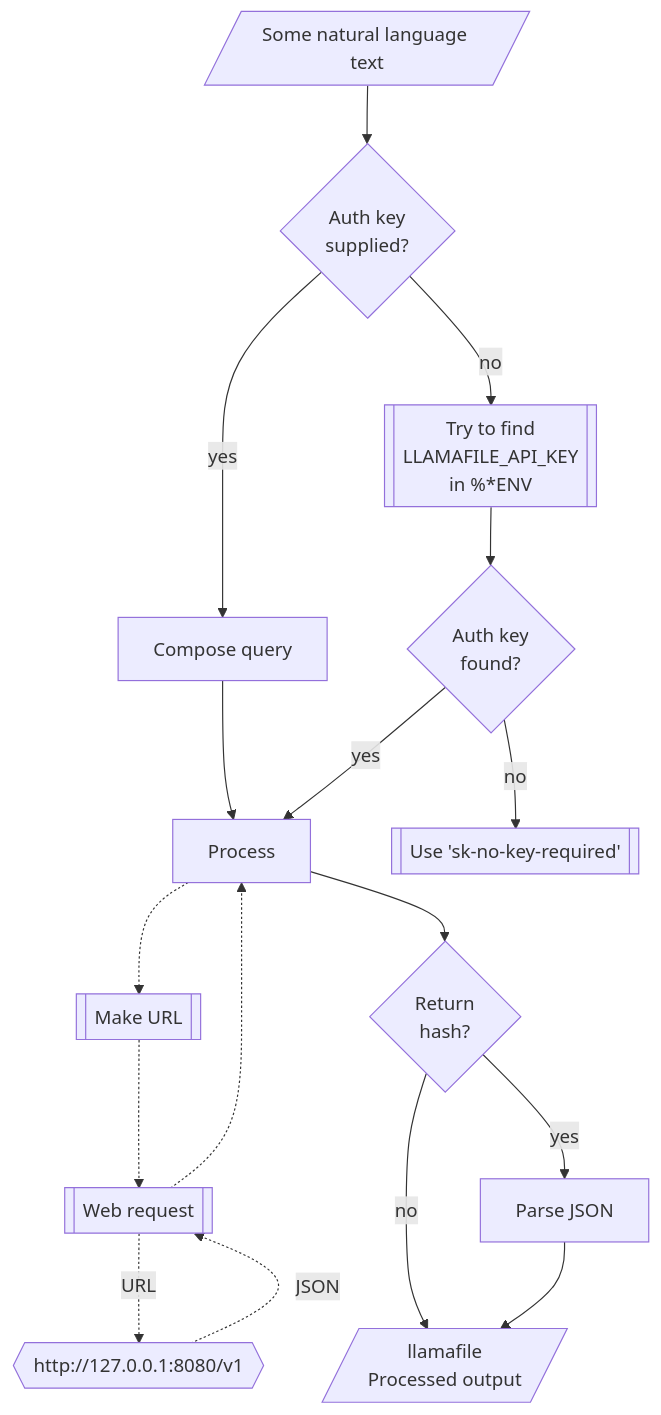
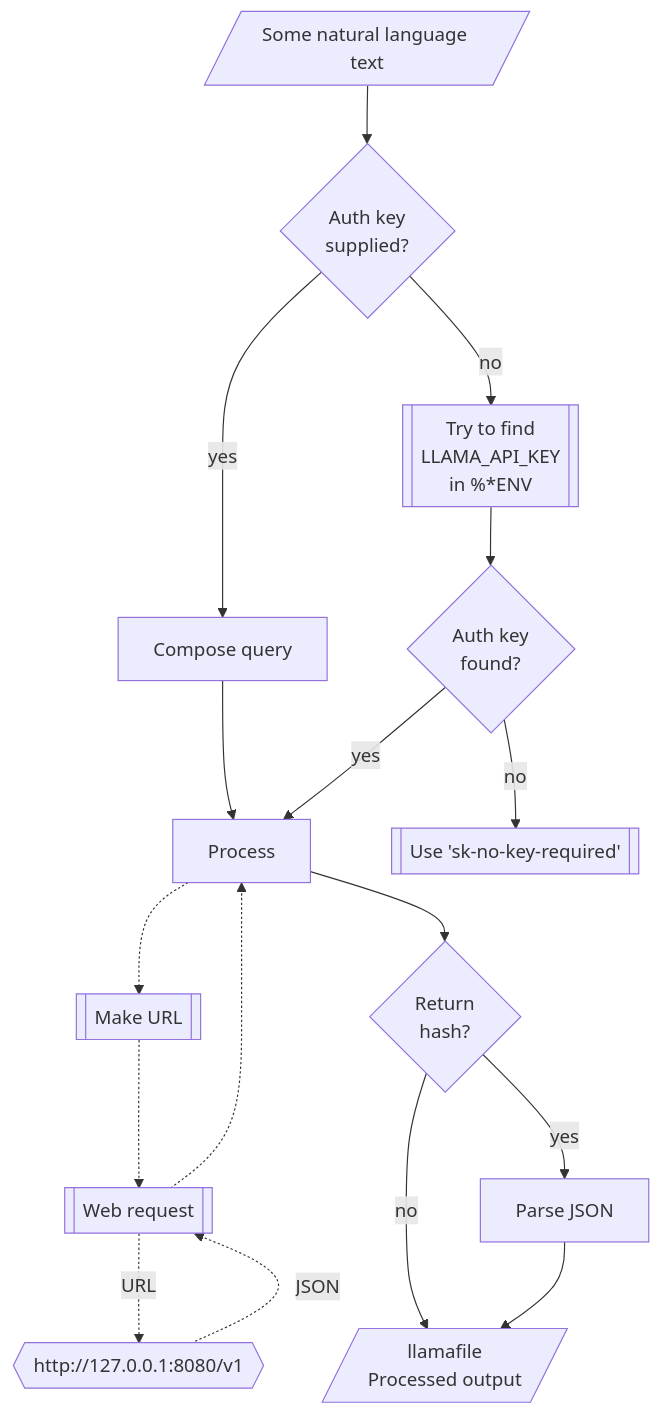
The diagram in README-work.md (antononcube/Raku-WWW-LLaMA), drawn with Mermaid before and after one commit. The commit also changed other lines of this file and 11 other files, not shown here.

````diff
--- a/README-work.md
+++ b/README-work.md
@@ -188,30 +188,30 @@
 ```mermaid
 graph TD
 	UI[/Some natural language text/]
 	TO[/"llamafile<br/>Processed output"/]
 	WR[[Web request]]
 	llamafile{{http://127.0.0.1:8080/v1}}
 	PJ[Parse JSON]
 	Q{Return<br>hash?}
 	MSTC[Compose query]
 	MURL[[Make URL]]
 	TTC[Process]
 	QAK{Auth key<br>supplied?}
-	EAK[["Try to find<br>LLAMAFILE_API_KEY<br>in %*ENV"]]
+	EAK[["Try to find<br>LLAMA_API_KEY<br>in %*ENV"]]
 	QEAF{Auth key<br>found?}
 	NAK[["Use 'sk-no-key-required'"]]
 	UI --> QAK
 	QAK --> |yes|MSTC
 	QAK --> |no|EAK
 	EAK --> QEAF
 	MSTC --> TTC
 	QEAF --> |no|NAK
 	QEAF --> |yes|TTC
 	TTC -.-> MURL -.-> WR -.-> TTC
 	WR -.-> |URL|llamafile 
 	llamafile -.-> |JSON|WR
 	TTC --> Q 
 	Q --> |yes|PJ
 	Q --> |no|TO
 	PJ --> TO
 ```
````
